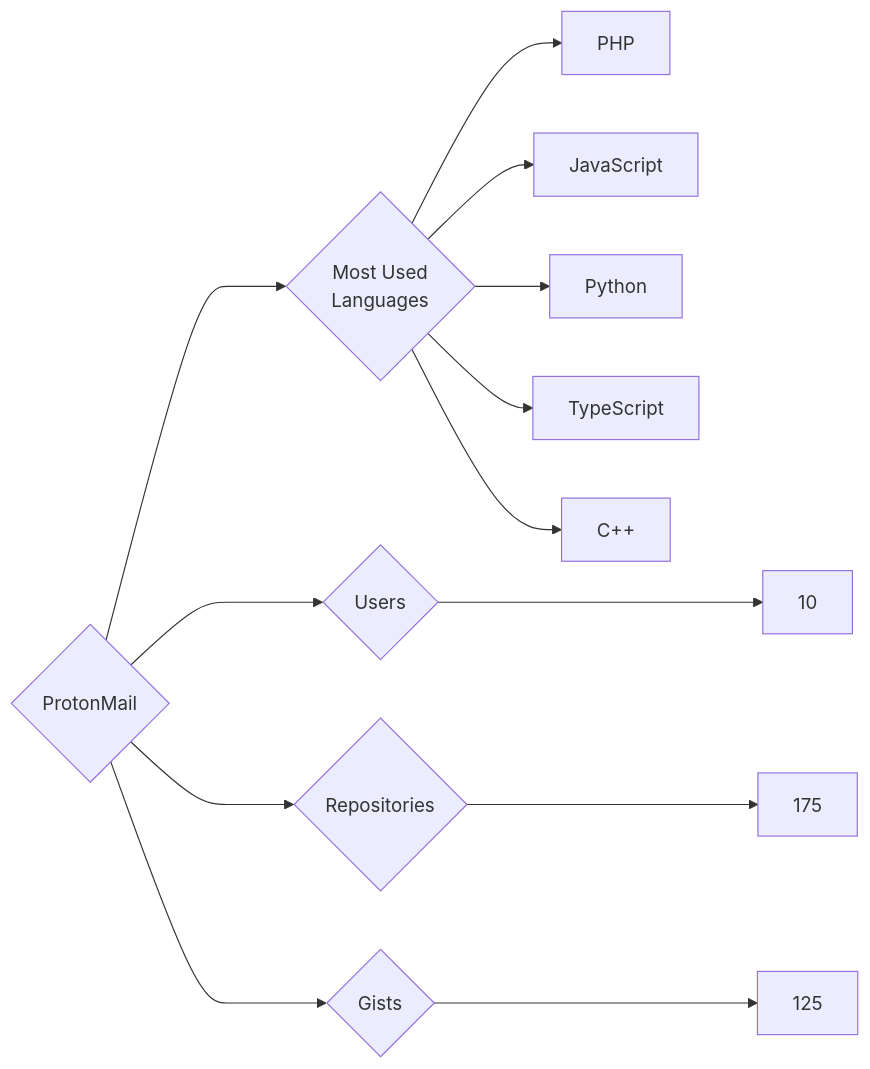
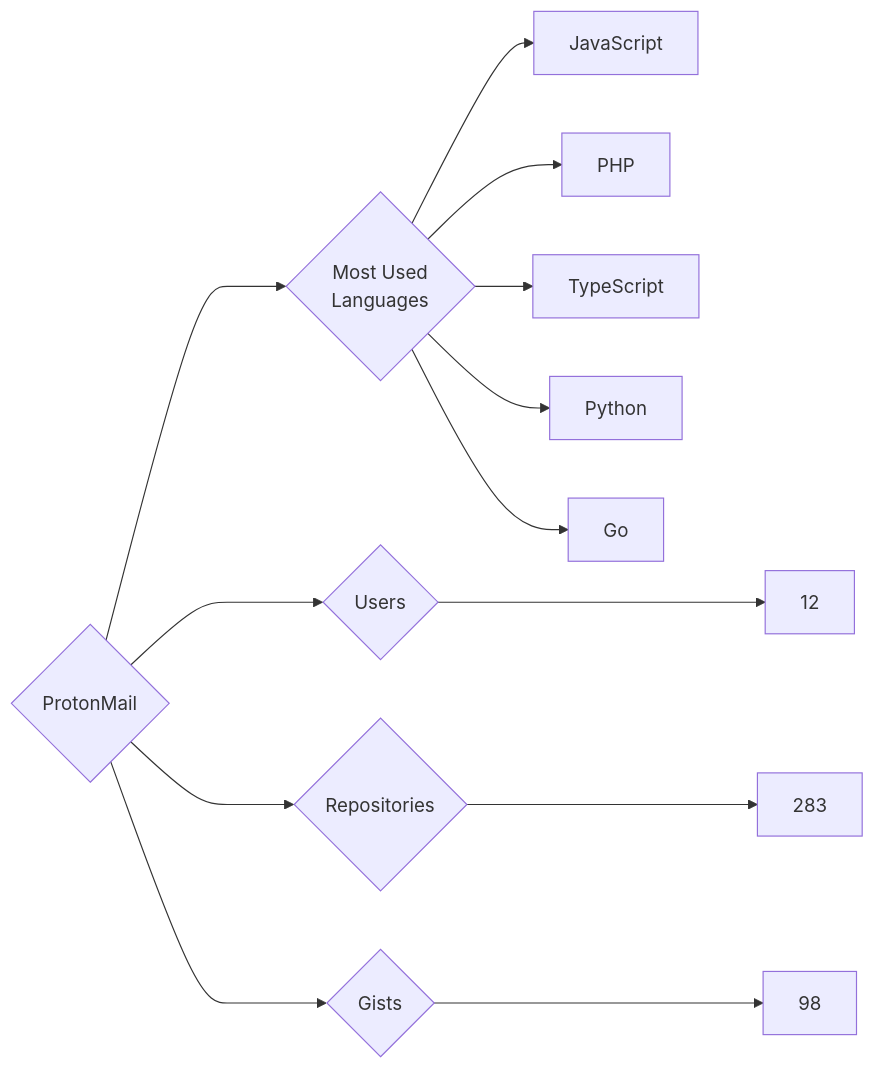
One commit to trickest/insiders changed the diagram in targets/ProtonMail/README.md. Above: the diagram before and after it, drawn with Mermaid. The commit also changed 728 other files, not shown here.

````diff
--- a/targets/ProtonMail/README.md
+++ b/targets/ProtonMail/README.md
@@ -3,13 +3,13 @@
 ```mermaid
 graph LR
 COMPANY_NAME{ProtonMail}
-COMPANY_NAME ---> U{Users} ---> UN[10]
-COMPANY_NAME ---> R{Repositories} ---> RN[175]
-COMPANY_NAME ---> G{Gists} ---> GN[125]
+COMPANY_NAME ---> U{Users} ---> UN[12]
+COMPANY_NAME ---> R{Repositories} ---> RN[283]
+COMPANY_NAME ---> G{Gists} ---> GN[98]
 COMPANY_NAME ---> ML{Most Used<br>Languages}
+ML --> JavaScript[JavaScript]
 ML --> PHP[PHP]
-ML --> JavaScript[JavaScript]
+ML --> TypeScript[TypeScript]
 ML --> Python[Python]
-ML --> TypeScript[TypeScript]
-ML --> C++[C++]
+ML --> Go[Go]
 ```
````
